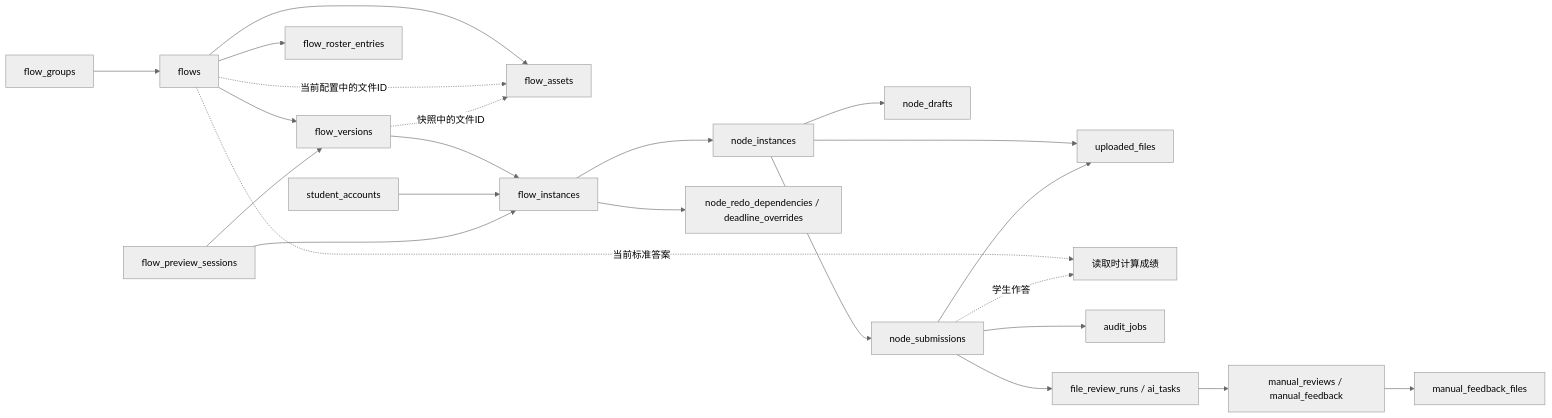
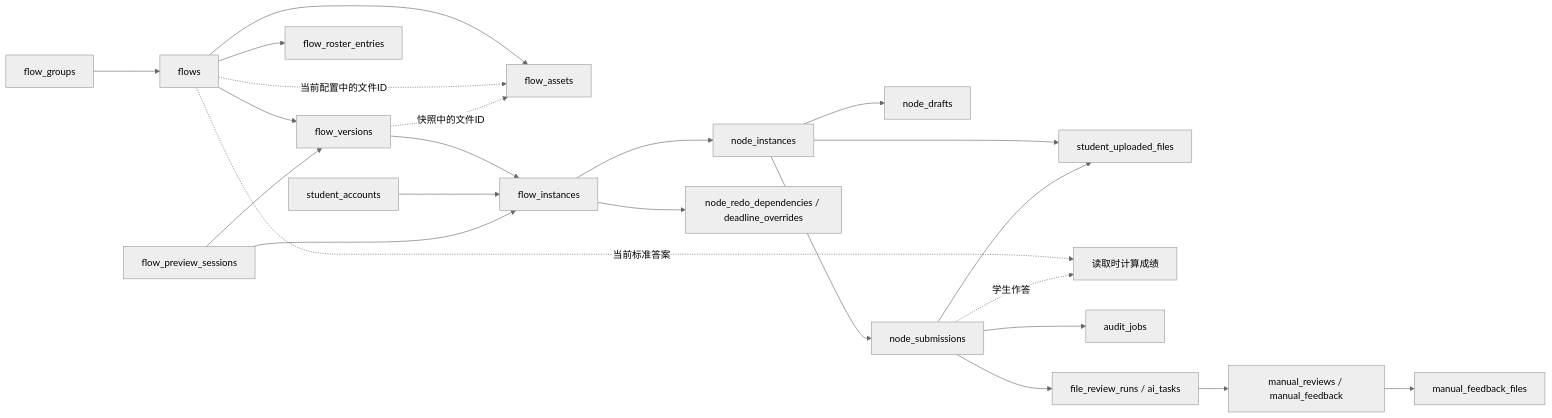
One commit to layerism/moyin changed the diagram in docs/database-table-consolidation-audit.md. Above: the diagram before and after it, drawn with Mermaid (neutral theme). The commit also changed other lines of this file and 17 other files, not shown here.

Commit message:
refactor: rename uploaded files table to student uploaded files

````diff
--- a/docs/database-table-consolidation-audit.md
+++ b/docs/database-table-consolidation-audit.md
@@ -213,25 +213,25 @@
 ```mermaid
 flowchart LR
     G[flow_groups] --> F[flows]
     F --> V[flow_versions]
     F --> R[flow_roster_entries]
     F --> A[flow_assets]
     F -. 当前配置中的文件ID .-> A
     V -. 快照中的文件ID .-> A
     V --> I[flow_instances]
     SA[student_accounts] --> I
     I --> N[node_instances]
     I --> X[node_redo_dependencies / deadline_overrides]
     N --> D[node_drafts]
     N --> S[node_submissions]
-    N --> U[uploaded_files]
+    N --> U[student_uploaded_files]
     S --> U
     F -. 当前标准答案 .-> GR[读取时计算成绩]
     S -. 学生作答 .-> GR
     S --> J[audit_jobs]
     S --> FR[file_review_runs / ai_tasks]
     FR --> MF[manual_reviews / manual_feedback]
     MF --> FF[manual_feedback_files]
     P[flow_preview_sessions] --> V
     P --> I
 ```
````
